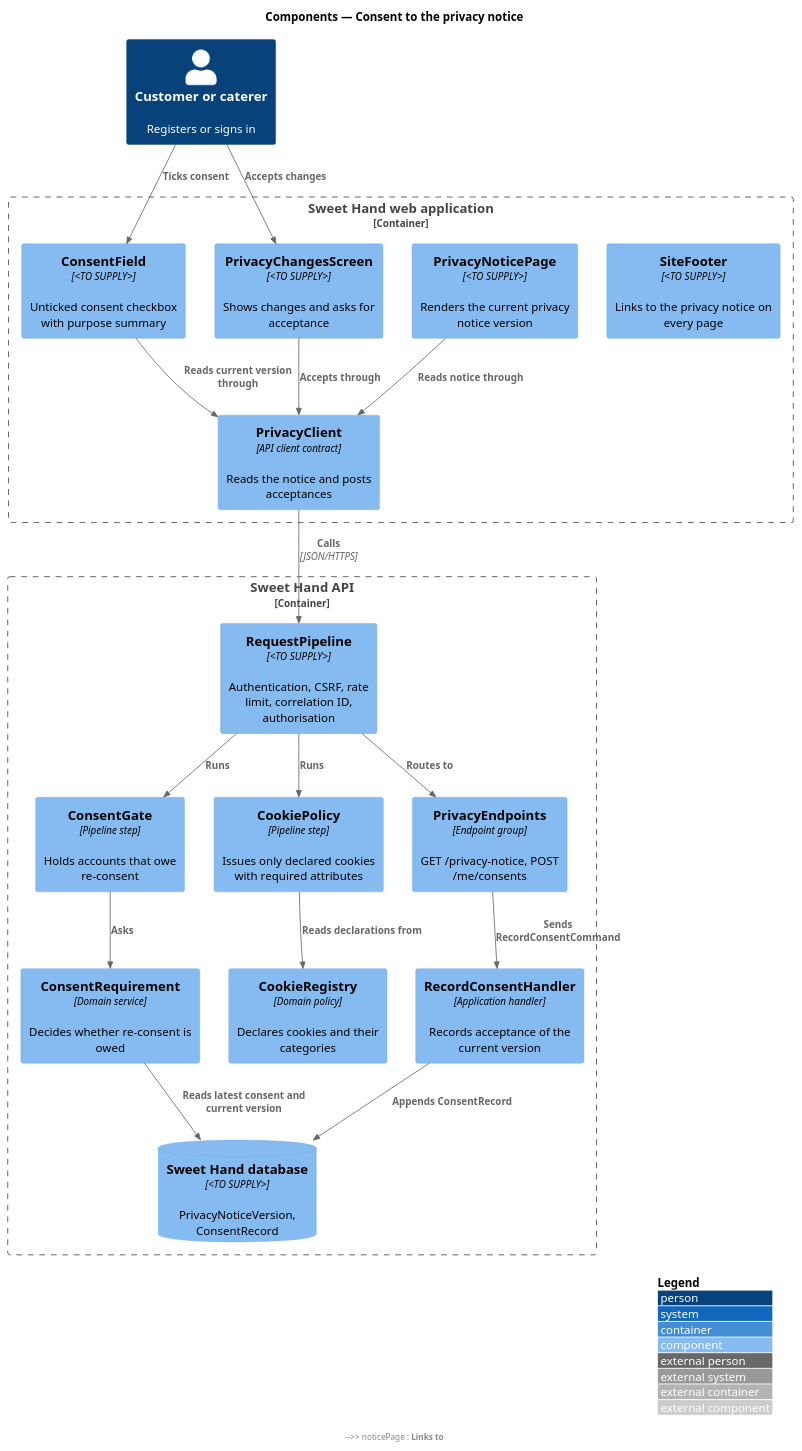
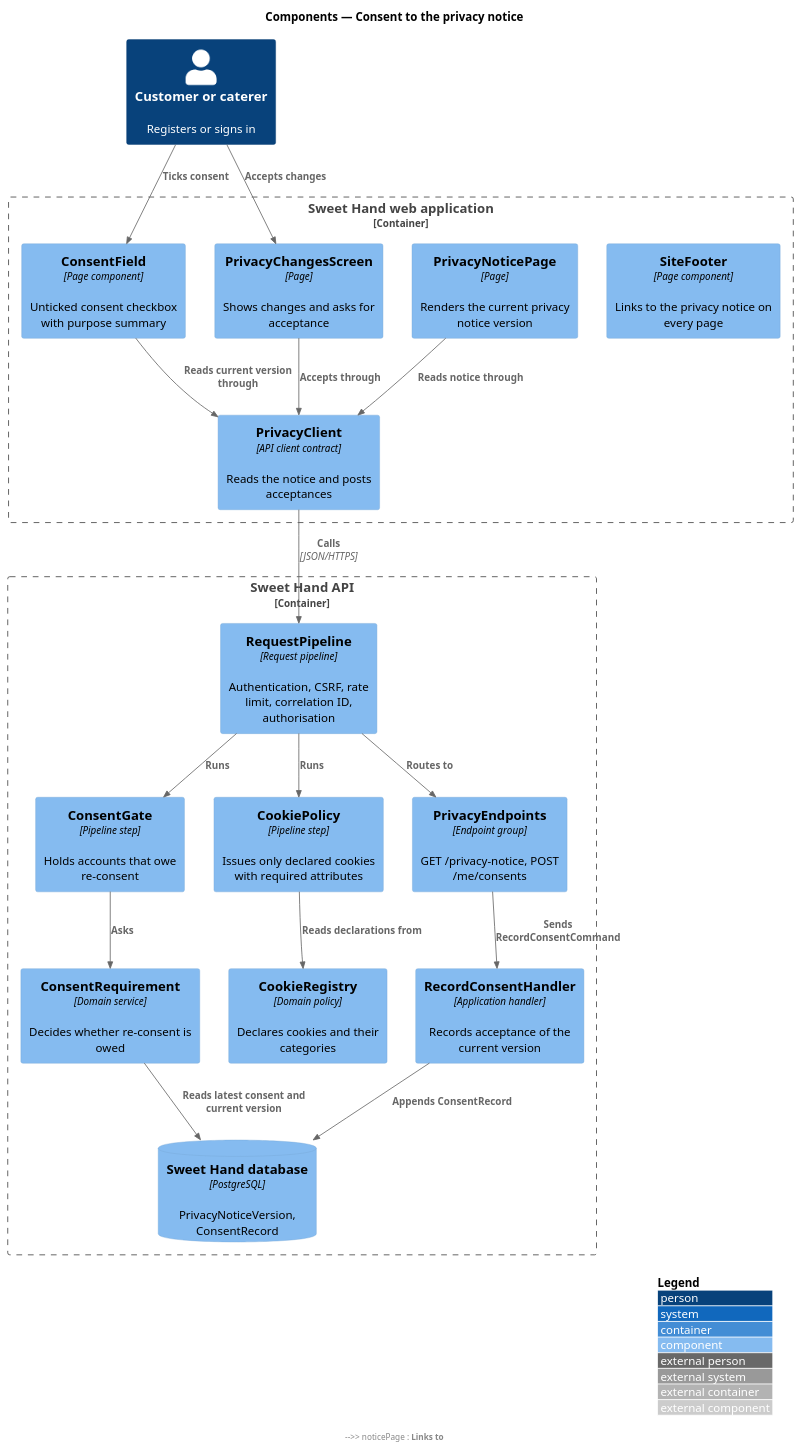
One commit to QuinntyneBrown/sweet-hand changed the diagram in docs/detailed-designs/privacy/consent-to-privacy-notice/diagrams/c4-component.puml. Above: the diagram before and after it, drawn with PlantUML. The commit also changed 34 other files, not shown here.

```diff
--- a/docs/detailed-designs/privacy/consent-to-privacy-notice/diagrams/c4-component.puml
+++ b/docs/detailed-designs/privacy/consent-to-privacy-notice/diagrams/c4-component.puml
@@ -1,42 +1,42 @@
 @startuml
 !include <C4/C4_Component>
 LAYOUT_WITH_LEGEND()
 title Components — Consent to the privacy notice
 
 Person(user, "Customer or caterer", "Registers or signs in")
 
 Container_Boundary(web, "Sweet Hand web application") {
-  Component(footer, "SiteFooter", "<TO SUPPLY>", "Links to the privacy notice on every page")
-  Component(noticePage, "PrivacyNoticePage", "<TO SUPPLY>", "Renders the current privacy notice version")
-  Component(consentField, "ConsentField", "<TO SUPPLY>", "Unticked consent checkbox with purpose summary")
-  Component(changesScreen, "PrivacyChangesScreen", "<TO SUPPLY>", "Shows changes and asks for acceptance")
+  Component(footer, "SiteFooter", "Page component", "Links to the privacy notice on every page")
+  Component(noticePage, "PrivacyNoticePage", "Page", "Renders the current privacy notice version")
+  Component(consentField, "ConsentField", "Page component", "Unticked consent checkbox with purpose summary")
+  Component(changesScreen, "PrivacyChangesScreen", "Page", "Shows changes and asks for acceptance")
   Component(client, "PrivacyClient", "API client contract", "Reads the notice and posts acceptances")
 }
 
 Container_Boundary(api, "Sweet Hand API") {
-  Component(pipeline, "RequestPipeline", "<TO SUPPLY>", "Authentication, CSRF, rate limit, correlation ID, authorisation")
+  Component(pipeline, "RequestPipeline", "Request pipeline", "Authentication, CSRF, rate limit, correlation ID, authorisation")
   Component(gate, "ConsentGate", "Pipeline step", "Holds accounts that owe re-consent")
   Component(cookies, "CookiePolicy", "Pipeline step", "Issues only declared cookies with required attributes")
   Component(endpoints, "PrivacyEndpoints", "Endpoint group", "GET /privacy-notice, POST /me/consents")
   Component(handler, "RecordConsentHandler", "Application handler", "Records acceptance of the current version")
   Component(requirement, "ConsentRequirement", "Domain service", "Decides whether re-consent is owed")
   Component(registry, "CookieRegistry", "Domain policy", "Declares cookies and their categories")
-  ComponentDb(db, "Sweet Hand database", "<TO SUPPLY>", "PrivacyNoticeVersion, ConsentRecord")
+  ComponentDb(db, "Sweet Hand database", "PostgreSQL", "PrivacyNoticeVersion, ConsentRecord")
 }
 
 Rel(user, consentField, "Ticks consent")
 Rel(user, changesScreen, "Accepts changes")
 Rel(footer, noticePage, "Links to")
 Rel(noticePage, client, "Reads notice through")
 Rel(consentField, client, "Reads current version through")
 Rel(changesScreen, client, "Accepts through")
 Rel(client, pipeline, "Calls", "JSON/HTTPS")
 Rel(pipeline, gate, "Runs")
 Rel(pipeline, cookies, "Runs")
 Rel(pipeline, endpoints, "Routes to")
 Rel(gate, requirement, "Asks")
 Rel(cookies, registry, "Reads declarations from")
 Rel(endpoints, handler, "Sends RecordConsentCommand")
 Rel(handler, db, "Appends ConsentRecord")
 Rel(requirement, db, "Reads latest consent and current version")
 @enduml
```
